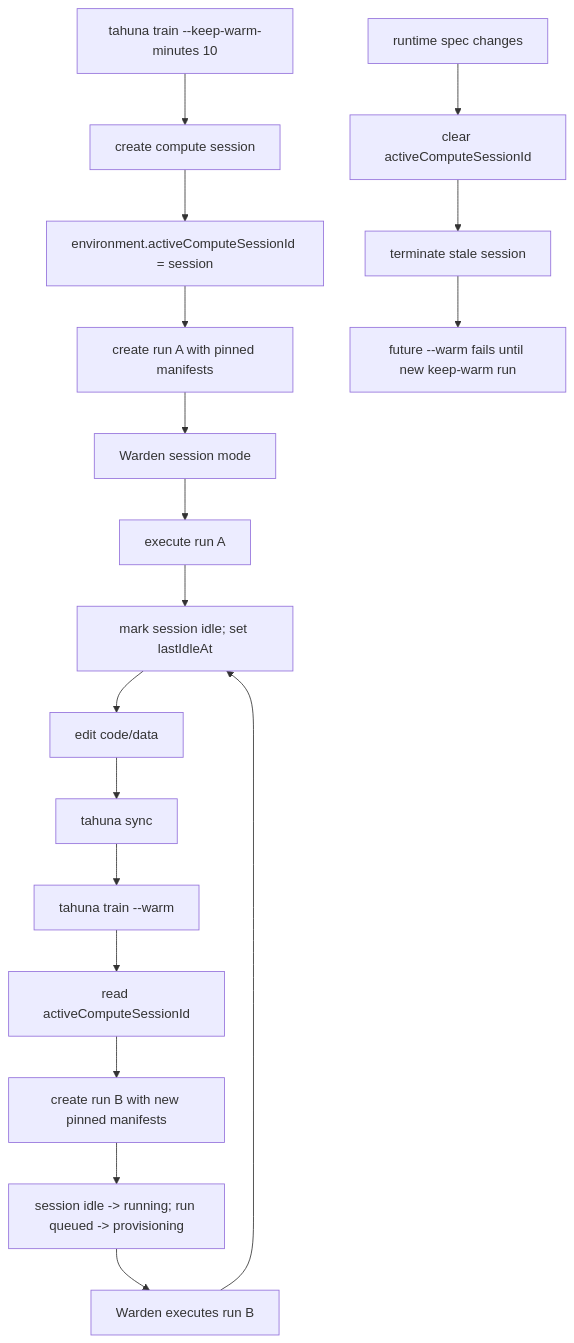
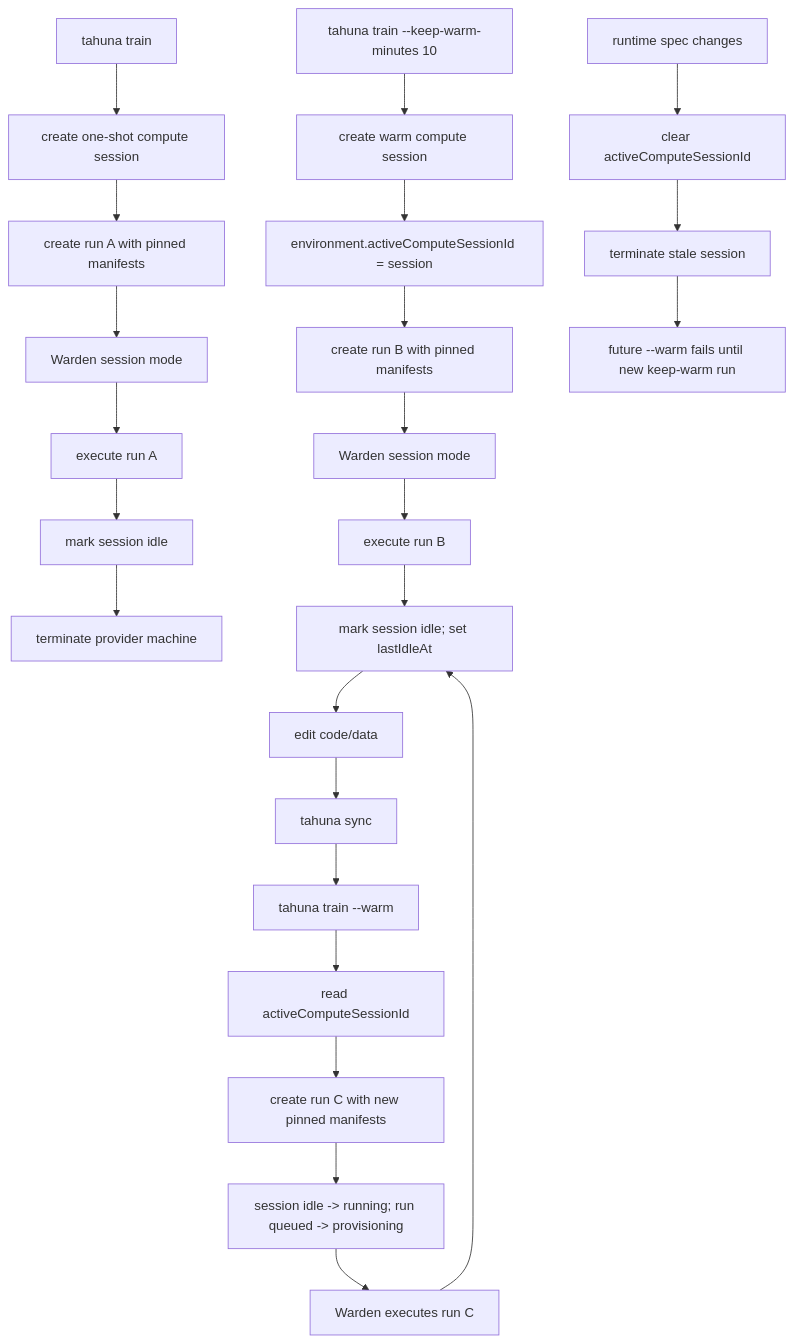
Before and after one commit to TahunaLabs/tahuna-oss: the diagram in specs/Separate compute lifetime from run lifetime.md, drawn with Mermaid. The commit also changed other lines of this file, not shown here.

````diff
--- a/specs/Separate compute lifetime from run lifetime.md
+++ b/specs/Separate compute lifetime from run lifetime.md
@@ -53,22 +91,29 @@
 ```mermaid
 flowchart TD
-  TrainWarm["tahuna train --keep-warm-minutes 10"] --> CreateSession["create compute session"]
-  CreateSession --> Link["environment.activeComputeSessionId = session"]
-  Link --> BaselineRun["create run A with pinned manifests"]
-  BaselineRun --> Warden["Warden session mode"]
-  Warden --> ExecuteA["execute run A"]
-  ExecuteA --> Idle["mark session idle; set lastIdleAt"]
+  Train["tahuna train"] --> OneShotSession["create one-shot compute session"]
+  OneShotSession --> RunA["create run A with pinned manifests"]
+  RunA --> WardenA["Warden session mode"]
+  WardenA --> ExecuteA["execute run A"]
+  ExecuteA --> OneShotIdle["mark session idle"]
+  OneShotIdle --> TerminateA["terminate provider machine"]
+
+  TrainWarm["tahuna train --keep-warm-minutes 10"] --> WarmSession["create warm compute session"]
+  WarmSession --> Link["environment.activeComputeSessionId = session"]
+  Link --> BaselineRun["create run B with pinned manifests"]
+  BaselineRun --> WardenB["Warden session mode"]
+  WardenB --> ExecuteB["execute run B"]
+  ExecuteB --> Idle["mark session idle; set lastIdleAt"]
 
   Idle --> Edit["edit code/data"]
   Edit --> Sync["tahuna sync"]
   Sync --> TrainReuse["tahuna train --warm"]
   TrainReuse --> Resolve["read activeComputeSessionId"]
-  Resolve --> RunB["create run B with new pinned manifests"]
-  RunB --> Assign["session idle -> running; run queued -> provisioning"]
-  Assign --> ExecuteB["Warden executes run B"]
-  ExecuteB --> Idle
+  Resolve --> RunC["create run C with new pinned manifests"]
+  RunC --> Assign["session idle -> running; run queued -> provisioning"]
+  Assign --> ExecuteC["Warden executes run C"]
+  ExecuteC --> Idle
 
   RuntimeChange["runtime spec changes"] --> Clear["clear activeComputeSessionId"]
   Clear --> Stop["terminate stale session"]
   Stop --> WarmFail["future --warm fails until new keep-warm run"]
 ```
````
